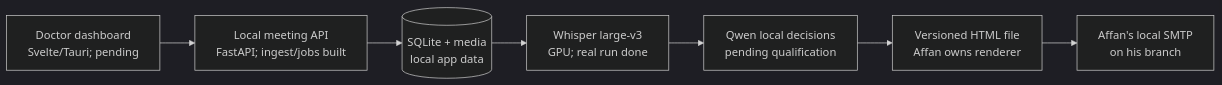
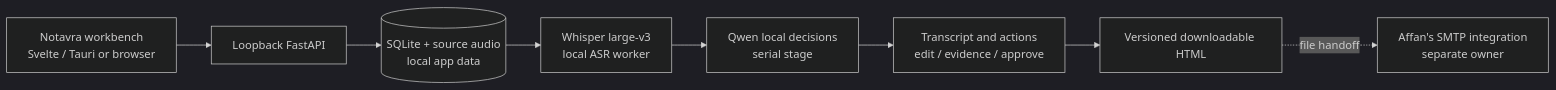
One commit to Horalix/gigahack_2026 changed the diagram in hackathon/10-team-handoff.md. Above: the diagram before and after it, drawn with Mermaid (dark theme). The commit also changed other lines of this file and 11 other files, not shown here.

Commit message:
Refresh hackathon execution handoff and PBI evidence

````diff
--- a/hackathon/10-team-handoff.md
+++ b/hackathon/10-team-handoff.md
@@ -11,9 +11,10 @@
 ```mermaid
 flowchart LR
-    UI[Doctor dashboard\nSvelte/Tauri; pending] --> API[Local meeting API\nFastAPI; ingest/jobs built]
-    API --> DB[(SQLite + media\nlocal app data)]
-    DB --> ASR[Whisper large-v3\nGPU; real run done]
-    ASR --> LLM[Qwen local decisions\npending qualification]
-    LLM --> DOC[Versioned HTML file\nAffan owns renderer]
-    DOC --> MAIL[Affan's local SMTP\non his branch]
+    UI[Notavra workbench\nSvelte / Tauri or browser] --> API[Loopback FastAPI]
+    API --> DB[(SQLite + source audio\nlocal app data)]
+    DB --> ASR[Whisper large-v3\nlocal ASR worker]
+    ASR --> LLM[Qwen local decisions\nserial stage]
+    LLM --> REVIEW[Transcript and actions\nedit / evidence / approve]
+    REVIEW --> DOC[Versioned downloadable HTML]
+    DOC -. file handoff .-> MAIL[Affan's SMTP integration\nseparate owner]
 ```
````
